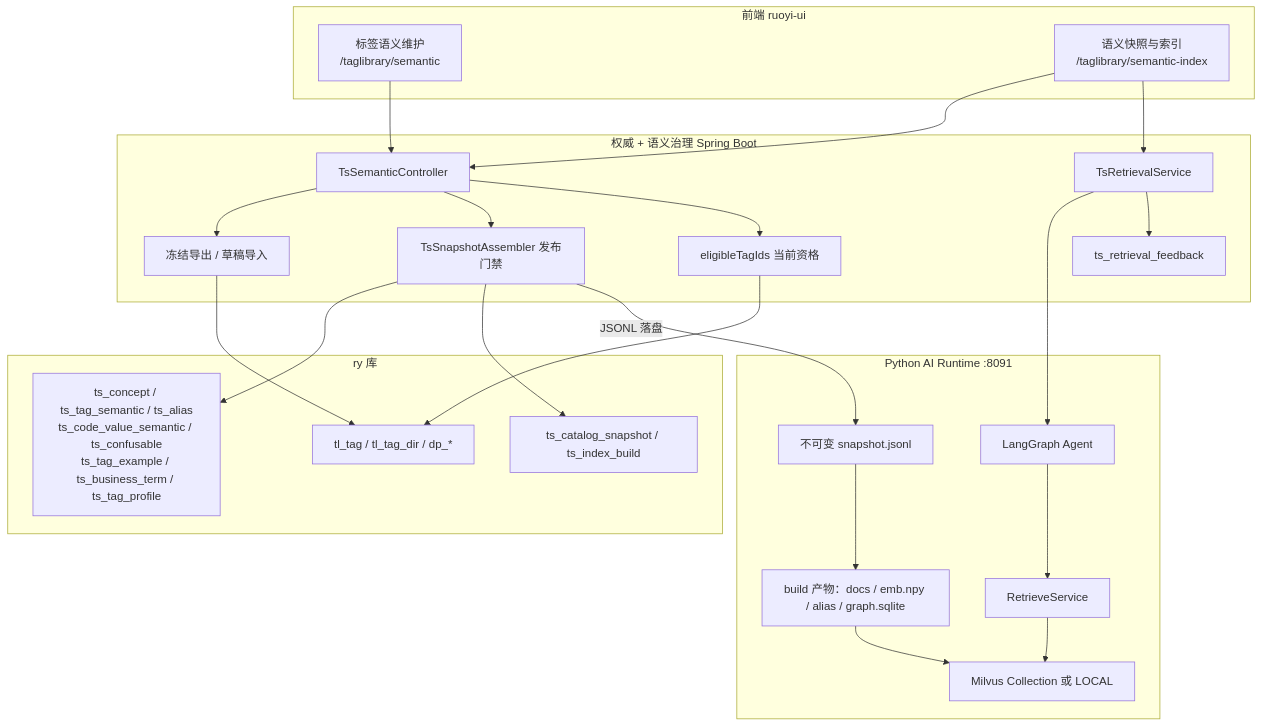
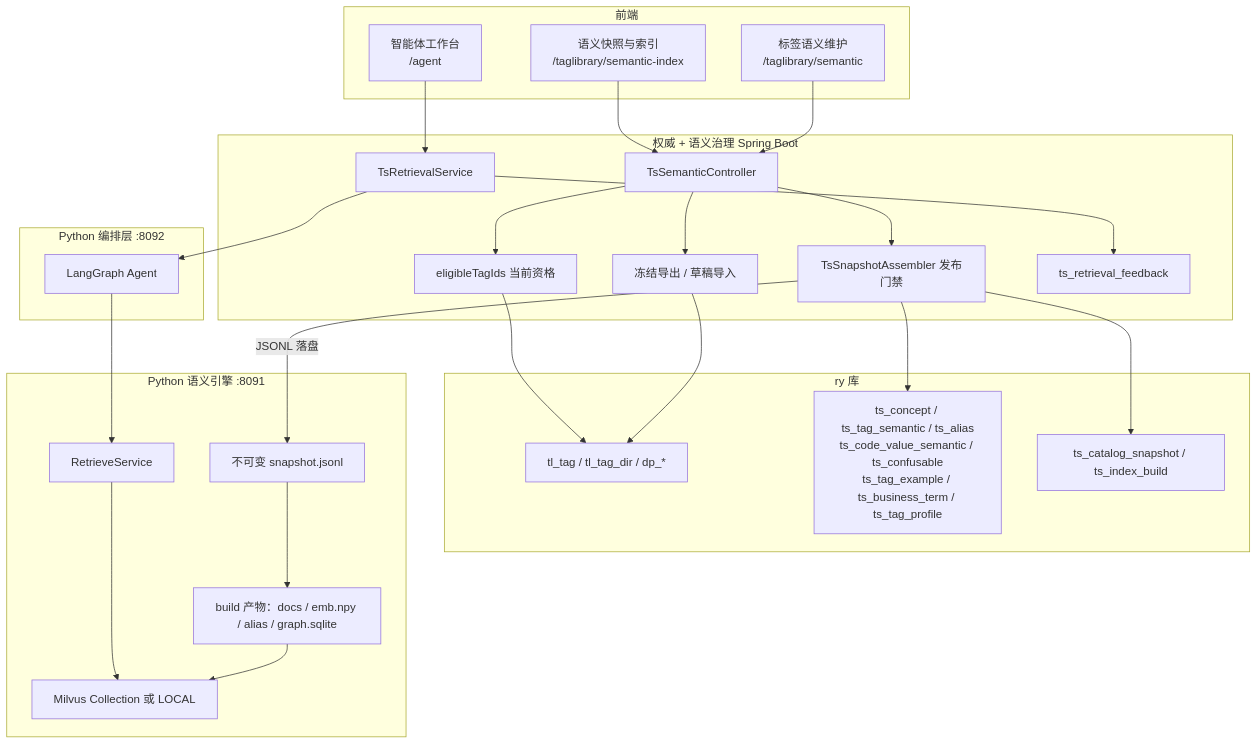
Before and after one commit to WeiZhenshan/tagpilot: the first of 4 diagrams in docs/architecture/标签语义引擎与Agent编排层.md, drawn with Mermaid. The commit also changed other lines of this file and 144 other files, not shown here.

````diff
--- a/docs/architecture/标签语义引擎与Agent编排层.md
+++ b/docs/architecture/标签语义引擎与Agent编排层.md
@@ -64,42 +65,47 @@
 ```mermaid
 flowchart TB
-  subgraph UI["前端 ruoyi-ui"]
+  subgraph UI["前端"]
     P1["标签语义维护<br/>/taglibrary/semantic"]
     P2["语义快照与索引<br/>/taglibrary/semantic-index"]
+    P3["智能体工作台<br/>/agent"]
   end
 
   subgraph JAVA["权威 + 语义治理 Spring Boot"]
     C["TsSemanticController"]
     B["冻结导出 / 草稿导入"]
     S["TsSnapshotAssembler 发布门禁"]
     Q["eligibleTagIds 当前资格"]
     R["TsRetrievalService"]
     F["ts_retrieval_feedback"]
   end
 
   subgraph DB["ry 库"]
     TL["tl_tag / tl_tag_dir / dp_*"]
     TS["ts_concept / ts_tag_semantic / ts_alias<br/>ts_code_value_semantic / ts_confusable<br/>ts_tag_example / ts_business_term / ts_tag_profile"]
     VER["ts_catalog_snapshot / ts_index_build"]
   end
 
-  subgraph PY["Python AI Runtime :8091"]
+  subgraph PY["Python 语义引擎 :8091"]
     SNAP["不可变 snapshot.jsonl"]
     IDX["build 产物：docs / emb.npy / alias / graph.sqlite"]
     MV["Milvus Collection 或 LOCAL"]
     RET["RetrieveService"]
-    AG["LangGraph Agent"]
+  end
+
+  subgraph AG["Python 编排层 :8092"]
+    LG["LangGraph Agent"]
   end
 
   P1 --> C
   P2 --> C
+  P3 --> R
   C --> B --> TL
   C --> S --> TS
   S --> VER
   C --> Q --> TL
-  P2 --> R --> AG
+  R --> LG
   R --> F
   S -->|JSONL 落盘| SNAP
   SNAP --> IDX --> MV
-  AG --> RET --> MV
+  LG --> RET --> MV
 ```
````
